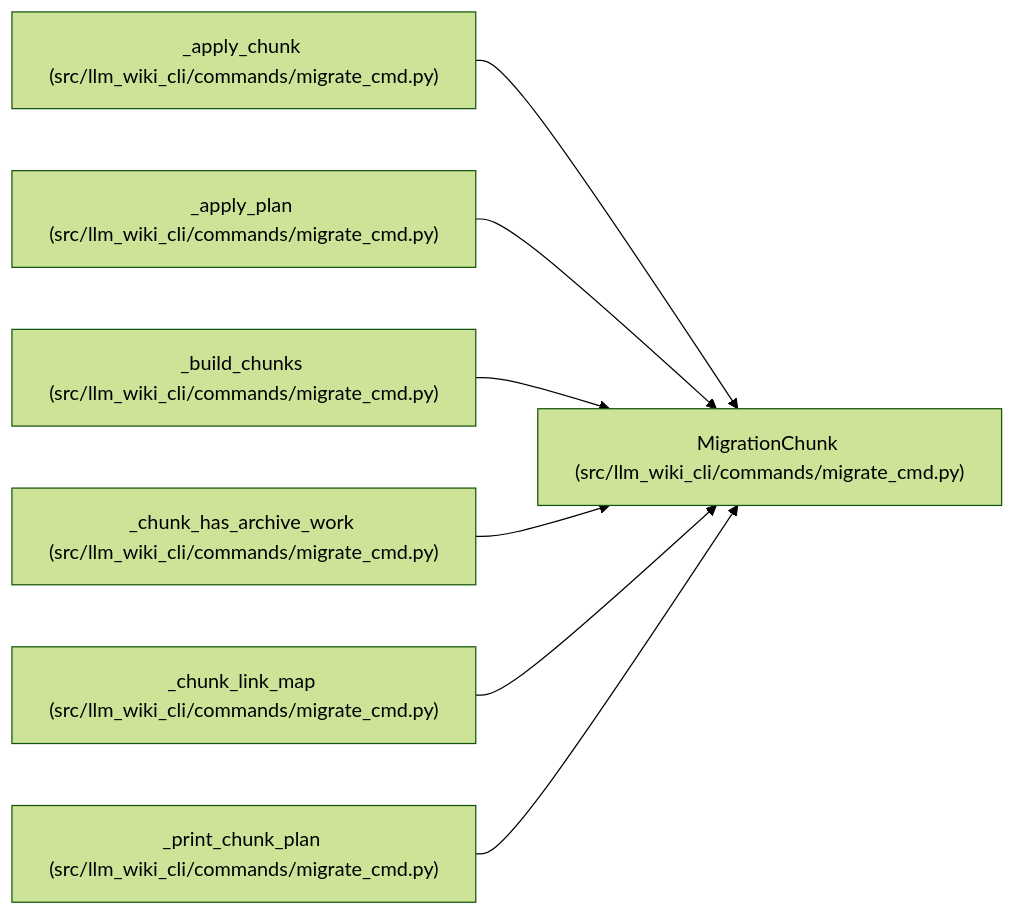
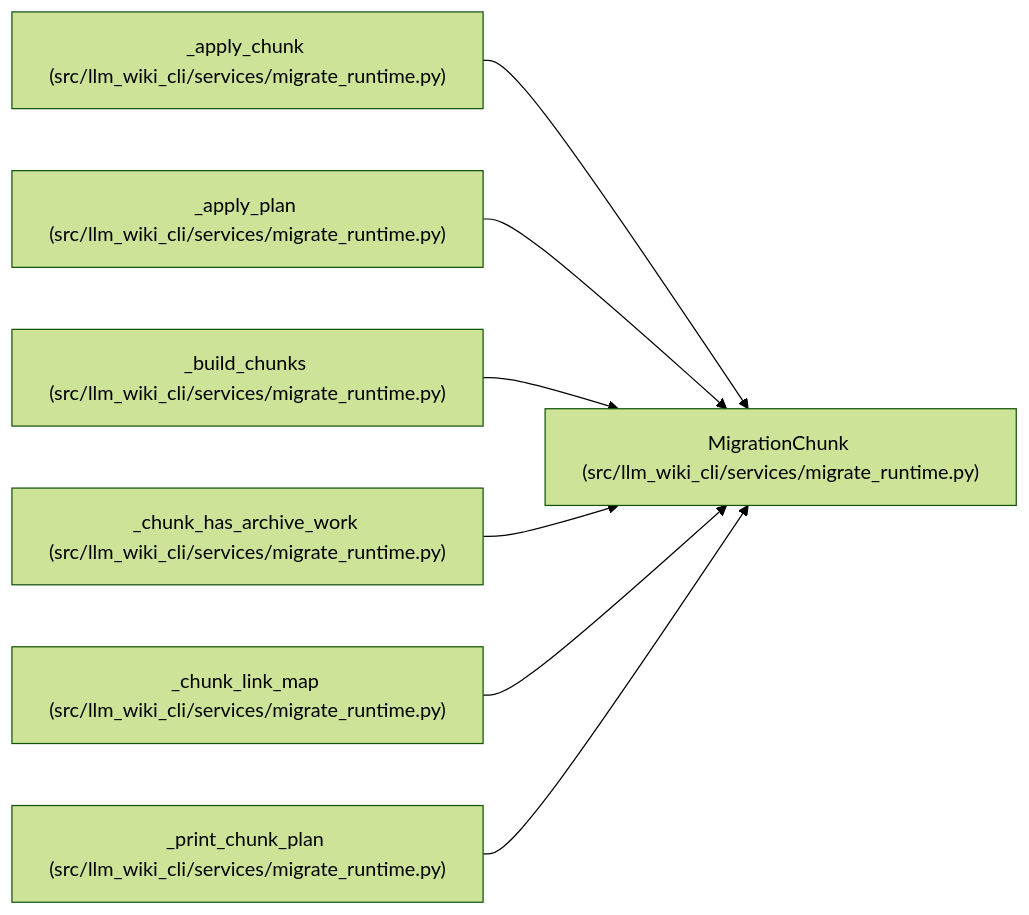
One commit to Denissvgn/python-wiki-llm changed the diagram in docs/llm_wiki/entities/MigrationChunk.md. Above: the diagram before and after it, drawn with Mermaid (forest theme). The commit also changed other lines of this file and 1555 other files, not shown here.

````diff
--- a/docs/llm_wiki/entities/MigrationChunk.md
+++ b/docs/llm_wiki/entities/MigrationChunk.md
@@ -33,23 +33,23 @@
 ```mermaid
 flowchart LR
-    n0["MigrationChunk (src/llm_wiki_cli/commands/migrate_cmd.py)"]
-    n1["_apply_chunk (src/llm_wiki_cli/commands/migrate_cmd.py)"]
-    n2["_apply_plan (src/llm_wiki_cli/commands/migrate_cmd.py)"]
-    n3["_build_chunks (src/llm_wiki_cli/commands/migrate_cmd.py)"]
-    n4["_chunk_has_archive_work (src/llm_wiki_cli/commands/migrate_cmd.py)"]
-    n5["_chunk_link_map (src/llm_wiki_cli/commands/migrate_cmd.py)"]
-    n6["_print_chunk_plan (src/llm_wiki_cli/commands/migrate_cmd.py)"]
+    n0["MigrationChunk (src/llm_wiki_cli/services/migrate_runtime.py)"]
+    n1["_apply_chunk (src/llm_wiki_cli/services/migrate_runtime.py)"]
+    n2["_apply_plan (src/llm_wiki_cli/services/migrate_runtime.py)"]
+    n3["_build_chunks (src/llm_wiki_cli/services/migrate_runtime.py)"]
+    n4["_chunk_has_archive_work (src/llm_wiki_cli/services/migrate_runtime.py)"]
+    n5["_chunk_link_map (src/llm_wiki_cli/services/migrate_runtime.py)"]
+    n6["_print_chunk_plan (src/llm_wiki_cli/services/migrate_runtime.py)"]
     n1 --> n0
     n2 --> n0
     n3 --> n0
     n4 --> n0
     n5 --> n0
     n6 --> n0
-    click n0 "../modules/migrate_cmd.md"
-    click n1 "../modules/migrate_cmd.md"
-    click n2 "../modules/migrate_cmd.md"
-    click n3 "../modules/migrate_cmd.md"
-    click n4 "../modules/migrate_cmd.md"
-    click n5 "../modules/migrate_cmd.md"
-    click n6 "../modules/migrate_cmd.md"
+    click n0 "../modules/migrate_runtime.md"
+    click n1 "../modules/migrate_runtime.md"
+    click n2 "../modules/migrate_runtime.md"
+    click n3 "../modules/migrate_runtime.md"
+    click n4 "../modules/migrate_runtime.md"
+    click n5 "../modules/migrate_runtime.md"
+    click n6 "../modules/migrate_runtime.md"
 ```
````
